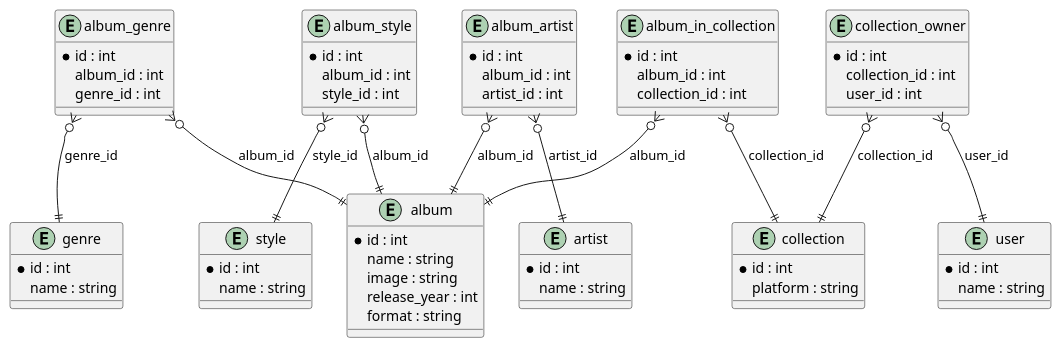
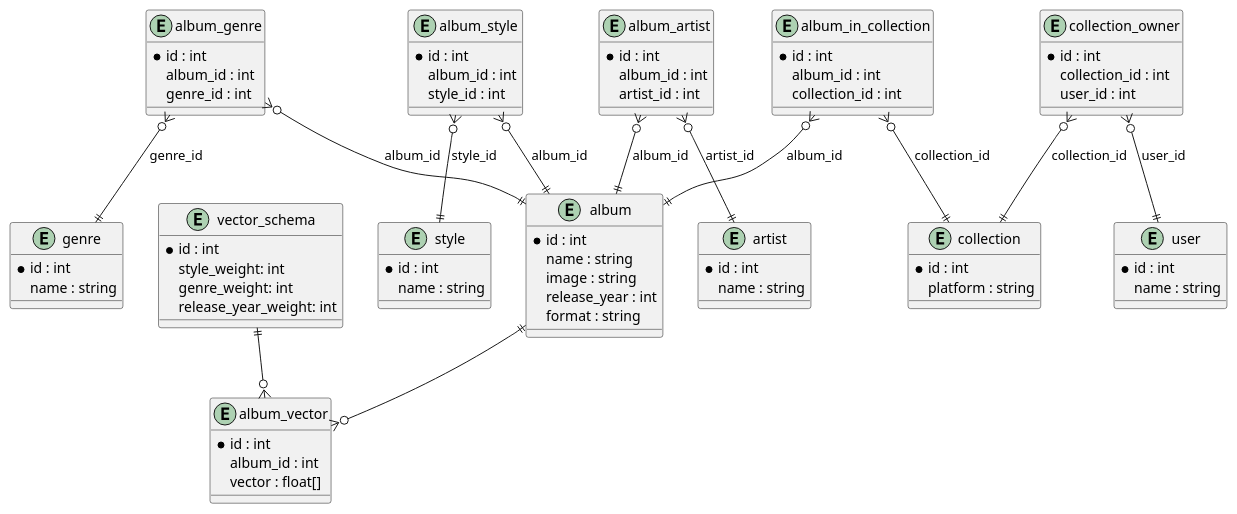
The diagram in vinyl_collection_tool/docs/design/erd.puml (calpet/vinyl-collection-tool), drawn with PlantUML before and after one commit. The commit also changed 1 other file, not shown here.

```diff
--- a/vinyl_collection_tool/docs/design/erd.puml
+++ b/vinyl_collection_tool/docs/design/erd.puml
@@ -1,83 +1,99 @@
 @startuml
 ' Entities
 entity "album" as album {
     *id : int
     name : string
     image : string
     release_year : int
     format : string
 }
 
 entity "genre" as genre {
     *id : int
     name : string
 }
 
 entity "style" as style {
     *id : int
     name : string
 }
 
 entity "collection" as collection {
     *id : int
     platform : string
 }
 
 entity "artist" as artist {
     *id : int
     name : string
 }
 
 entity "user" as user {
     *id : int
     name : string
 }
 
+entity "vector_schema" as vector_schema {
+    *id : int
+    style_weight: int
+    genre_weight: int
+    release_year_weight: int
+}
+
 ' Junction tables
 entity "album_genre" as album_genre {
     *id : int
     album_id : int
     genre_id : int
 }
 
 entity "album_style" as album_style {
     *id : int
     album_id : int
     style_id : int
 }
 
 entity "album_artist" as album_artist {
     *id : int
     album_id : int
     artist_id : int
 }
 
 entity "album_in_collection" as album_in_collection {
     *id : int
     album_id : int
     collection_id : int
 }
 
 entity "collection_owner" as collection_owner {
     *id : int
     collection_id : int
     user_id : int
 }
 
+entity "album_vector" as album_vector {
+    *id : int
+    album_id : int
+    vector : float[]
+}
+
 ' Relationships
 album_genre }o--|| album : "album_id"
 album_genre }o--|| genre : "genre_id"
 
 album_style }o--|| album : "album_id"
 album_style }o--|| style : "style_id"
 
 album_artist }o--|| album : "album_id"
 album_artist }o--|| artist : "artist_id"
 
 album_in_collection }o--|| album : "album_id"
 album_in_collection }o--|| collection : "collection_id"
 
 collection_owner }o--|| collection : "collection_id"
 collection_owner }o--|| user : "user_id"
 
+album ||--o{ album_vector
+vector_schema ||--o{ album_vector
+
 @enduml
```
